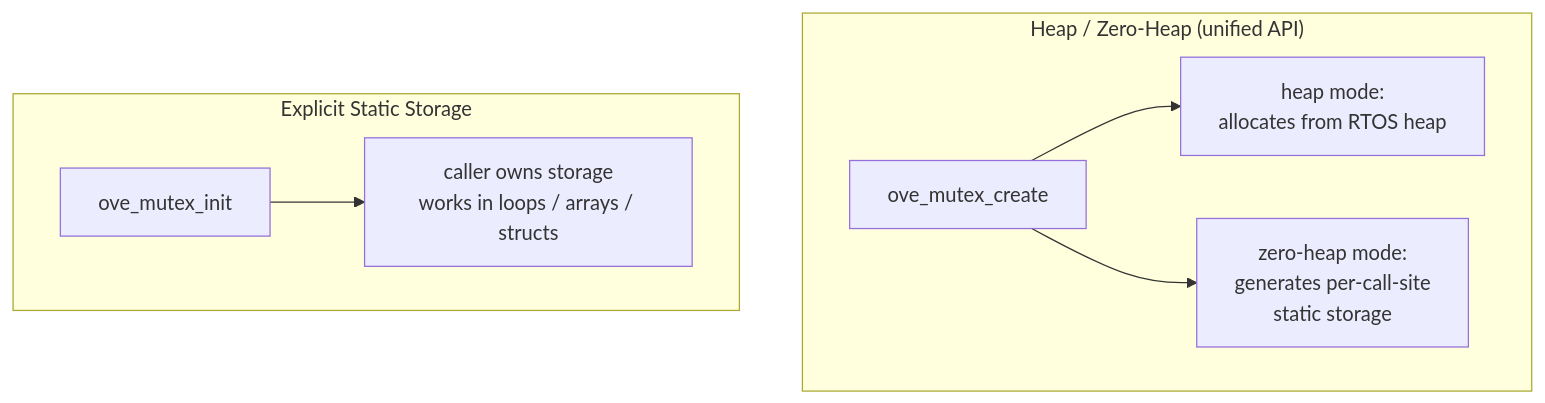
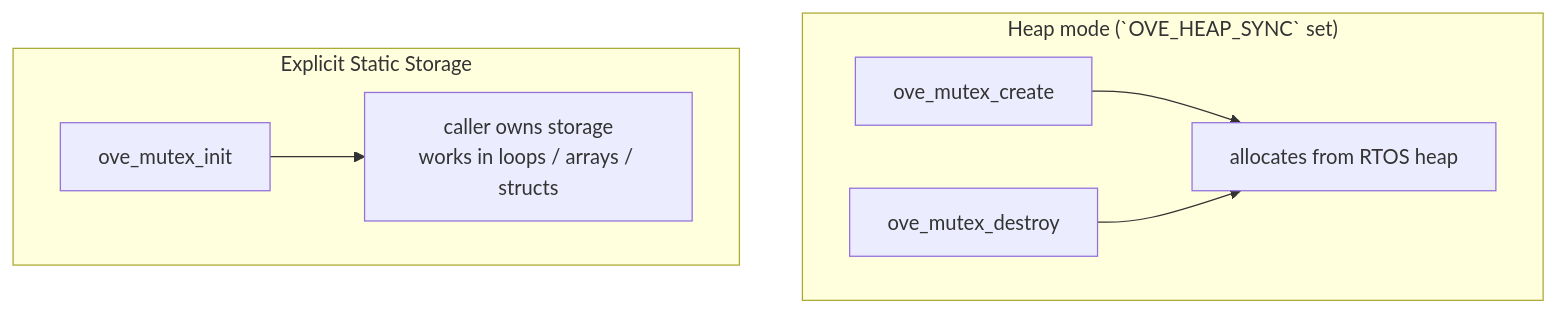
One commit to Varcain/oveRTOS changed the seventh of 8 diagrams in docs-site/docs/api/sync.md. Above: the diagram before and after it, drawn with Mermaid. The commit also changed 277 other files, not shown here.

First line of the commit message:
heap/zeroheap API split work

````diff
--- a/docs-site/docs/api/sync.md
+++ b/docs-site/docs/api/sync.md
@@ -336,13 +336,13 @@
 ```mermaid
 graph TD
-    subgraph heap["Heap / Zero-Heap (unified API)"]
+    subgraph heap["Heap mode (`OVE_HEAP_SYNC` set)"]
         direction LR
-        C["ove_mutex_create"] --> CH["heap mode:<br/>allocates from RTOS heap"]
-        C --> CZ["zero-heap mode:<br/>generates per-call-site<br/>static storage"]
+        C["ove_mutex_create"] --> CH["allocates from RTOS heap"]
+        D["ove_mutex_destroy"] --> CH
     end
 
     subgraph static["Explicit Static Storage"]
         direction LR
         I["ove_mutex_init"] --> IS["caller owns storage<br/>works in loops / arrays / structs"]
     end
 ```
````
